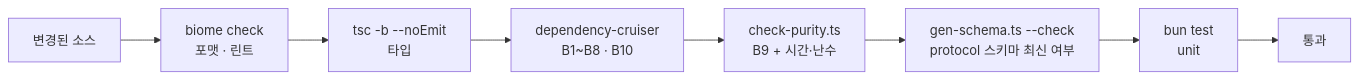
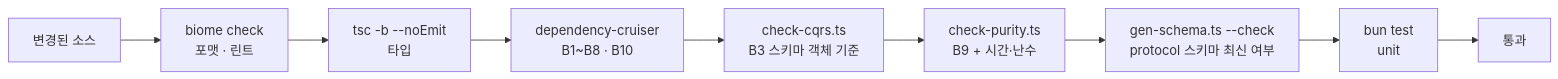
Before and after one commit to 1985jwlee/portpolio_backend: the second of 5 diagrams in docs/design/01-repository-structure.md, drawn with Mermaid. The commit also changed other lines of this file and 27 other files, not shown here.

````diff
--- a/docs/design/01-repository-structure.md
+++ b/docs/design/01-repository-structure.md
@@ -183,10 +185,11 @@
 ```mermaid
 flowchart LR
     SRC["변경된 소스"] --> BIO["biome check<br/>포맷 · 린트"]
     BIO --> TSC["tsc -b --noEmit<br/>타입"]
     TSC --> DC["dependency-cruiser<br/>B1~B8 · B10"]
-    DC --> PUR["check-purity.ts<br/>B9 + 시간·난수"]
+    DC --> CQ["check-cqrs.ts<br/>B3 스키마 객체 기준"]
+    CQ --> PUR["check-purity.ts<br/>B9 + 시간·난수"]
     PUR --> GEN["gen-schema.ts --check<br/>protocol 스키마 최신 여부"]
     GEN --> TST["bun test<br/>unit"]
     TST --> OK["통과"]
 ```
````
